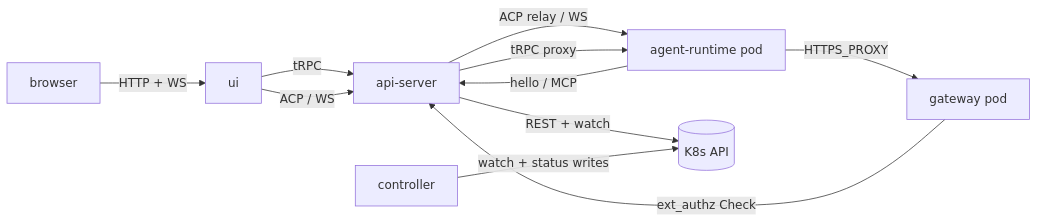
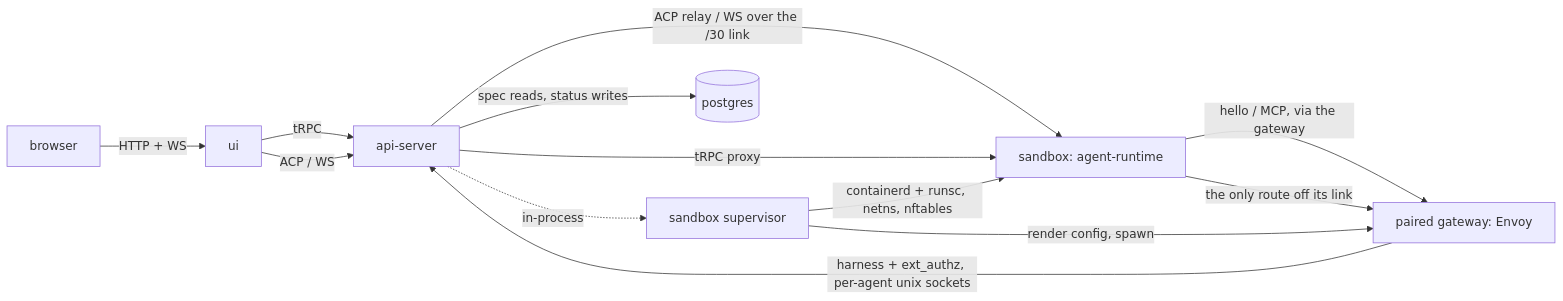
One commit to dam-agents/dam changed the diagram in docs/architecture/platform-topology.md. Above: the diagram before and after it, drawn with Mermaid. The commit also changed other lines of this file and 217 other files, not shown here.

First line of the commit message:
docs(architecture): describe the node, not the cluster

````diff
--- a/docs/architecture/platform-topology.md
+++ b/docs/architecture/platform-topology.md
@@ -11,21 +13,23 @@
 ```mermaid
 flowchart LR
   browser[browser]
   ui[ui]
   api-server[api-server]
-  controller[controller]
-  agent-runtime[agent-runtime pod]
-  gateway[gateway pod]
-  k8s-api[(K8s API)]
+  supervisor[sandbox supervisor]
+  agent-runtime[sandbox: agent-runtime]
+  gateway[paired gateway: Envoy]
+  postgres[(postgres)]
 
   browser -->|HTTP + WS| ui
   ui -->|tRPC| api-server
   ui -->|ACP / WS| api-server
-  api-server -->|ACP relay / WS| agent-runtime
+  api-server -->|ACP relay / WS over the /30 link| agent-runtime
   api-server -->|tRPC proxy| agent-runtime
-  agent-runtime -->|hello / MCP| api-server
-  agent-runtime -->|HTTPS_PROXY| gateway
-  gateway -->|ext_authz Check| api-server
-  api-server -->|REST + watch| k8s-api
-  controller -->|watch + status writes| k8s-api
+  agent-runtime -->|hello / MCP, via the gateway| gateway
+  agent-runtime -->|the only route off its link| gateway
+  gateway -->|harness + ext_authz, per-agent unix sockets| api-server
+  api-server -->|spec reads, status writes| postgres
+  api-server -.->|in-process| supervisor
+  supervisor -->|containerd + runsc, netns, nftables| agent-runtime
+  supervisor -->|render config, spawn| gateway
 ```
````
